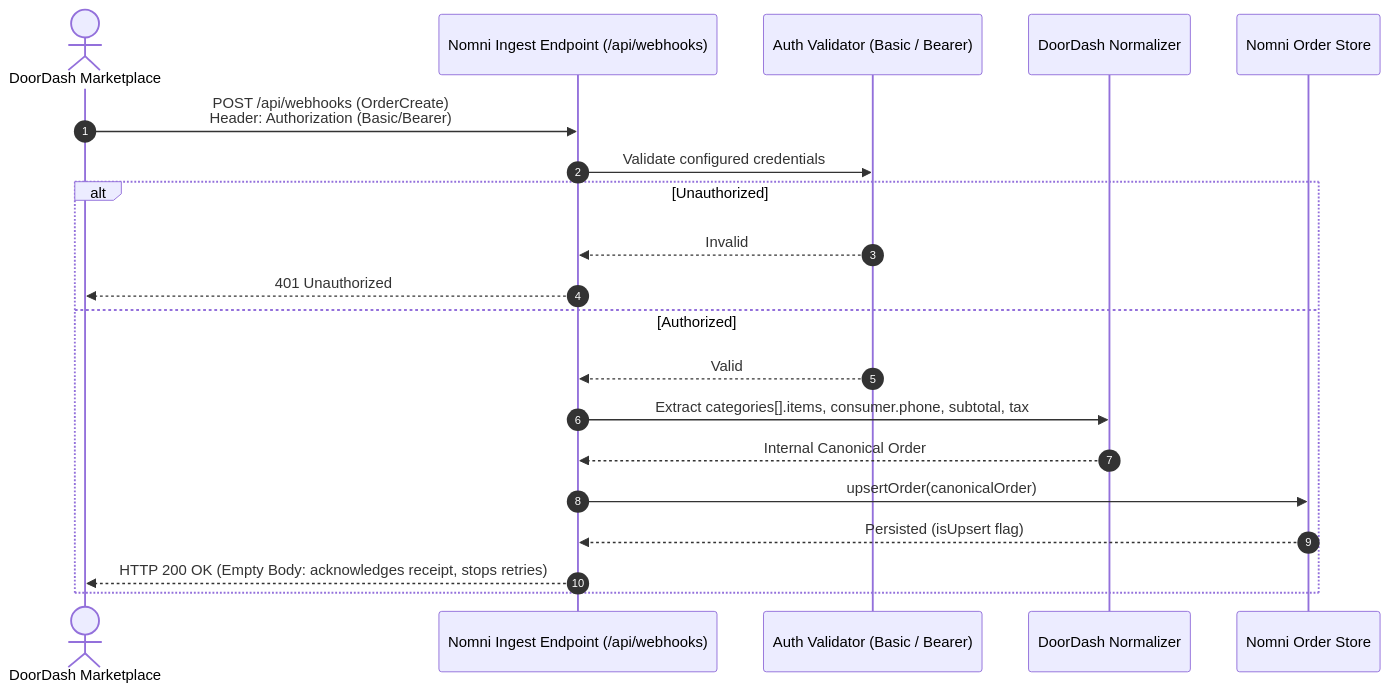
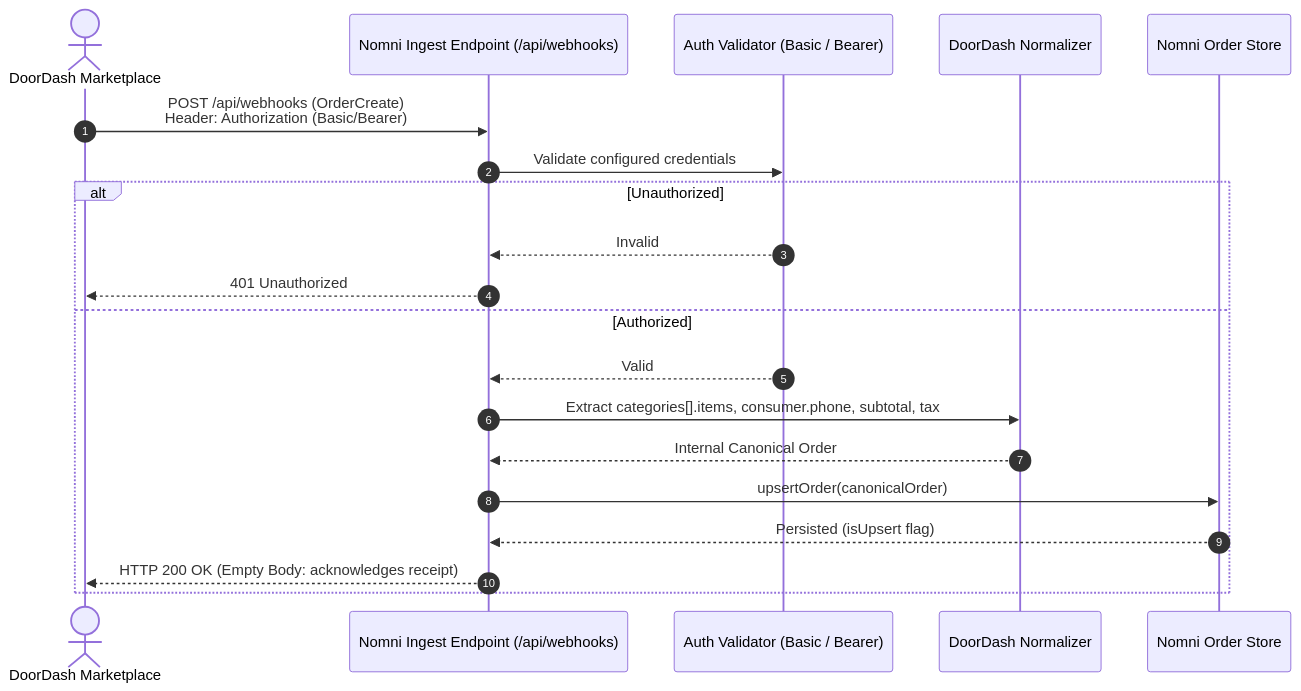
The second of 3 diagrams in README.md (ayon380/nomni), drawn with Mermaid before and after one commit. The commit also changed other lines of this file and 1 other file, not shown here.

````diff
--- a/README.md
+++ b/README.md
@@ -154,23 +154,23 @@
 ```mermaid
 sequenceDiagram
     autonumber
     actor DD as DoorDash Marketplace
     participant API as Nomni Ingest Endpoint (/api/webhooks)
     participant Auth as Auth Validator (Basic / Bearer)
     participant Normalizer as DoorDash Normalizer
     participant Store as Nomni Order Store
 
     DD->>API: POST /api/webhooks (OrderCreate)<br/>Header: Authorization (Basic/Bearer)
     API->>Auth: Validate configured credentials
     alt Unauthorized
         Auth-->>API: Invalid
         API-->>DD: 401 Unauthorized
     else Authorized
         Auth-->>API: Valid
         API->>Normalizer: Extract categories[].items, consumer.phone, subtotal, tax
         Normalizer-->>API: Internal Canonical Order
         API->>Store: upsertOrder(canonicalOrder)
         Store-->>API: Persisted (isUpsert flag)
-        API-->>DD: HTTP 200 OK (Empty Body: acknowledges receipt, stops retries)
+        API-->>DD: HTTP 200 OK (Empty Body: acknowledges receipt)
     end
 ```
````
